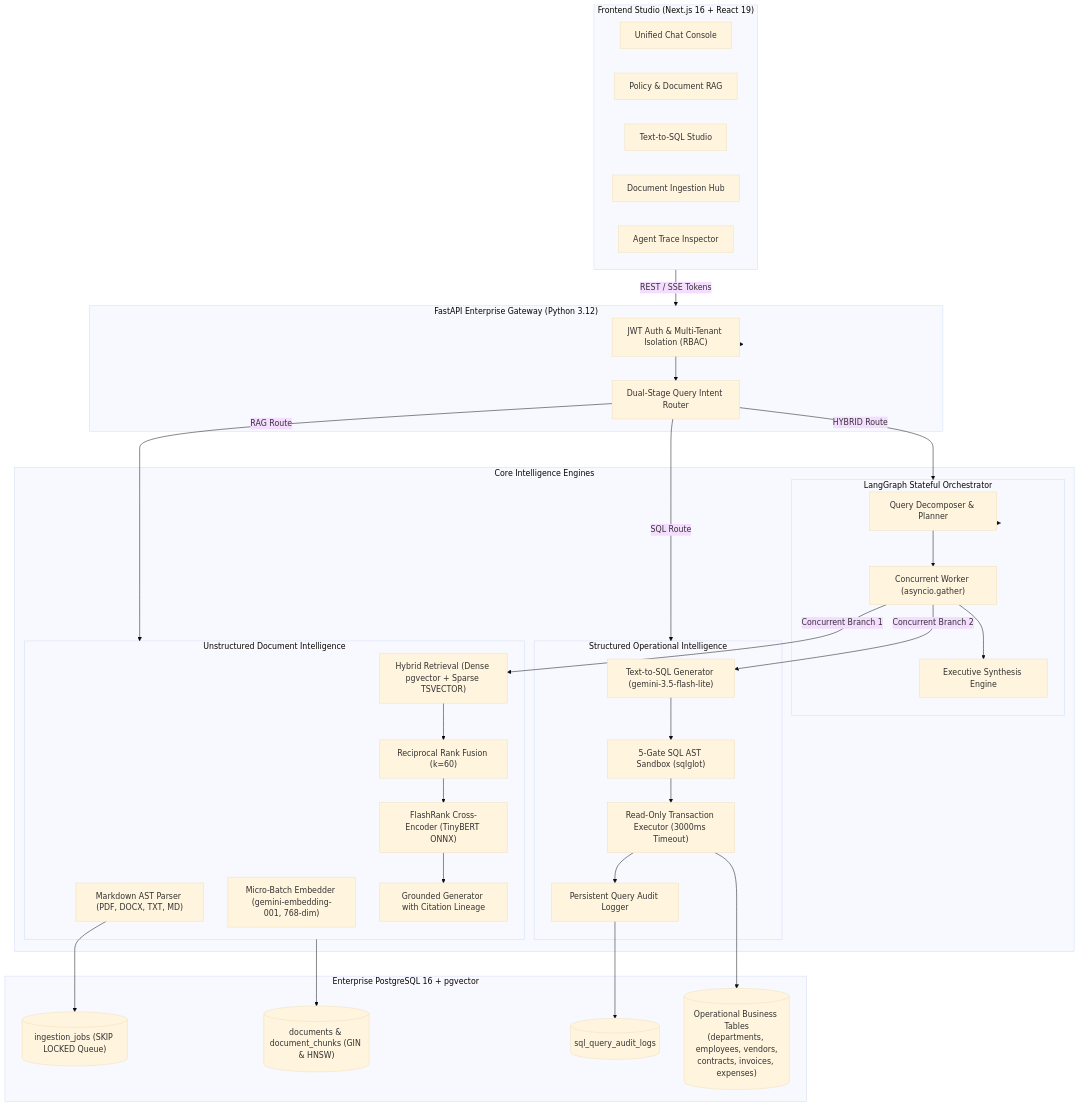
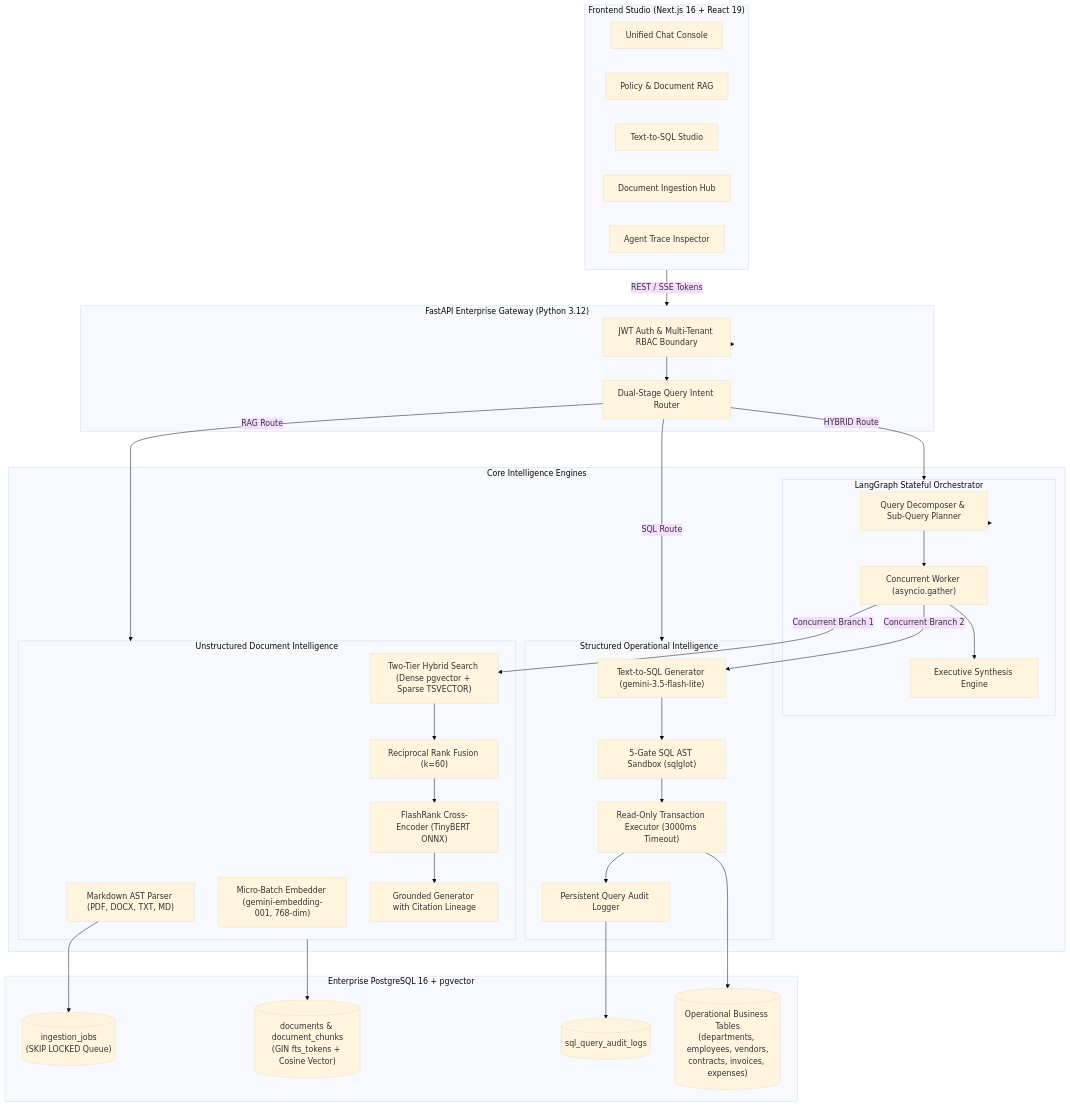
Before and after one commit to mananjaykumar/enterprise-rag-ops-intelligence: the first of 5 diagrams in README.md, drawn with Mermaid (base theme). The commit also changed other lines of this file, not shown here.

Commit message:
docs: restructure README format into Problem -> Architecture -> Tech Stack -> RAG -> Agent -> SQL -> Evaluation -> Setup -> Demo

````diff
--- a/README.md
+++ b/README.md
@@ -31,66 +46,66 @@
 ```mermaid
 flowchart TB
     subgraph ClientLayer["Frontend Studio (Next.js 16 + React 19)"]
         UI_Chat["Unified Chat Console"]
         UI_RAG["Policy & Document RAG"]
         UI_SQL["Text-to-SQL Studio"]
         UI_Ingest["Document Ingestion Hub"]
         UI_Trace["Agent Trace Inspector"]
     end
 
     subgraph APILayer["FastAPI Enterprise Gateway (Python 3.12)"]
-        AuthMid["JWT Auth & Multi-Tenant Isolation (RBAC)"]
+        AuthMid["JWT Auth & Multi-Tenant RBAC Boundary"]
         RouterSvc["Dual-Stage Query Intent Router"]
     end
 
     subgraph IntelligenceEngines["Core Intelligence Engines"]
         subgraph UnstructuredPipeline["Unstructured Document Intelligence"]
             DocParser["Markdown AST Parser (PDF, DOCX, TXT, MD)"]
             Embedder["Micro-Batch Embedder (gemini-embedding-001, 768-dim)"]
-            Retriever["Hybrid Retrieval (Dense pgvector + Sparse TSVECTOR)"]
+            Retriever["Two-Tier Hybrid Search (Dense pgvector + Sparse TSVECTOR)"]
             RRF["Reciprocal Rank Fusion (k=60)"]
             Reranker["FlashRank Cross-Encoder (TinyBERT ONNX)"]
             RAGSvc["Grounded Generator with Citation Lineage"]
         end
 
         subgraph StructuredPipeline["Structured Operational Intelligence"]
             TextToSQL["Text-to-SQL Generator (gemini-3.5-flash-lite)"]
             SQLSandbox["5-Gate SQL AST Sandbox (sqlglot)"]
             ReadOnlyExec["Read-Only Transaction Executor (3000ms Timeout)"]
             AuditLogger["Persistent Query Audit Logger"]
         end
 
         subgraph AgentCoordinator["LangGraph Stateful Orchestrator"]
-            Planner["Query Decomposer & Planner"]
+            Planner["Query Decomposer & Sub-Query Planner"]
             ParallelNode["Concurrent Worker (asyncio.gather)"]
             Synthesizer["Executive Synthesis Engine"]
         end
     end
 
     subgraph DataLayer["Enterprise PostgreSQL 16 + pgvector"]
-        DB_Docs[("documents & document_chunks (GIN & HNSW)")]
-        DB_Queue[("ingestion_jobs (SKIP LOCKED Queue)")]
+        DB_Docs[("documents & document_chunks\n(GIN fts_tokens + Cosine Vector)")]
+        DB_Queue[("ingestion_jobs\n(SKIP LOCKED Queue)")]
         DB_Ops[("Operational Business Tables\n(departments, employees, vendors,\ncontracts, invoices, expenses)")]
         DB_Audit[("sql_query_audit_logs")]
     end
 
     ClientLayer -->|REST / SSE Tokens| APILayer
     APILayer --> AuthMid
     AuthMid --> RouterSvc
     RouterSvc -->|RAG Route| UnstructuredPipeline
     RouterSvc -->|SQL Route| StructuredPipeline
     RouterSvc -->|HYBRID Route| AgentCoordinator
 
     AgentCoordinator --> Planner
     Planner --> ParallelNode
     ParallelNode -->|Concurrent Branch 1| Retriever
     ParallelNode -->|Concurrent Branch 2| TextToSQL
     Retriever --> RRF --> Reranker --> RAGSvc
     TextToSQL --> SQLSandbox --> ReadOnlyExec --> AuditLogger
     ParallelNode --> Synthesizer
 
     UnstructuredPipeline --> DB_Docs
     DocParser --> DB_Queue
     ReadOnlyExec --> DB_Ops
     AuditLogger --> DB_Audit
 ```
````
